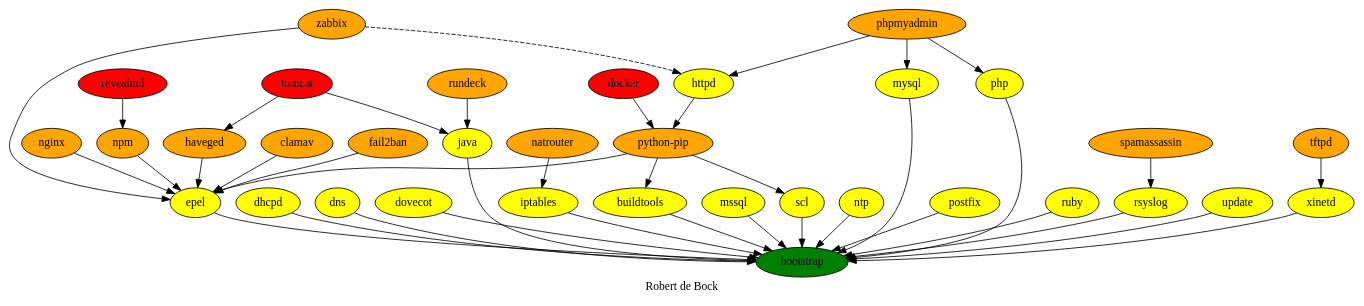
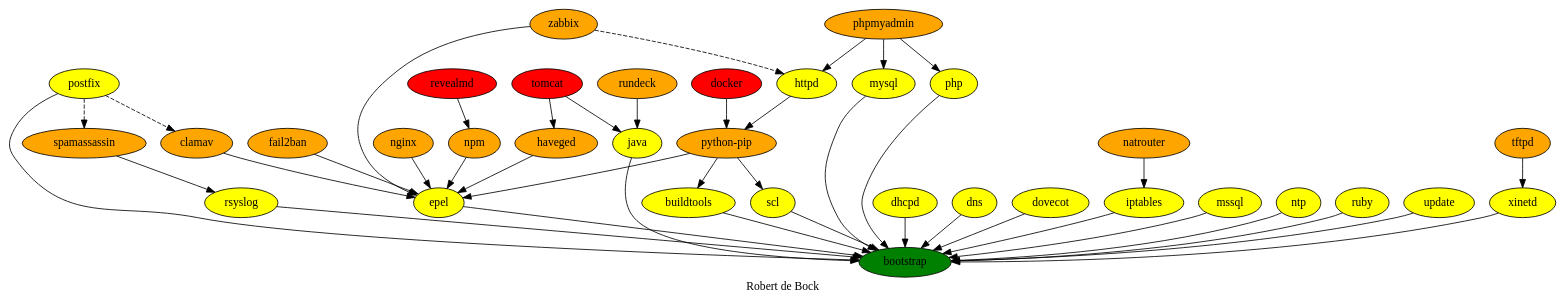
Before and after one commit to robertdebock/robertdebock.github.io: the diagram in dependencies.dot, drawn with Graphviz.

Commit message:
Update dependencies.dot
postfix optionally to spamassassin and clamav

```diff
--- a/dependencies.dot
+++ b/dependencies.dot
@@ -1,51 +1,52 @@
 digraph hierarchy {
   label = "Robert de Bock" ;
   {
     bootstrap [fillcolor=green style=filled]
     buildtools [fillcolor=yellow style=filled]
     clamav [fillcolor=orange style=filled]
     dhcpd [fillcolor=yellow style=filled]
     dns [fillcolor=yellow style=filled]
     docker [fillcolor=red style=filled]
     dovecot [fillcolor=yellow style=filled]
     epel [fillcolor=yellow style=filled]
     fail2ban [fillcolor=orange style=filled]
     haveged [fillcolor=orange style=filled]
     httpd [fillcolor=yellow style=filled]
     iptables [fillcolor=yellow style=filled]
     java [fillcolor=yellow style=filled]
     mssql [fillcolor=yellow style=filled]
     mysql [fillcolor=yellow style=filled]
     natrouter [fillcolor=orange style=filled]
     nginx [fillcolor=orange style=filled]
     npm [fillcolor=orange style=filled]
     ntp [fillcolor=yellow style=filled]
     php [fillcolor=yellow style=filled]
     phpmyadmin [fillcolor=orange style=filled]
     postfix [fillcolor=yellow style=filled]
     "python-pip" [fillcolor=orange style=filled]
     revealmd [fillcolor=red style=filled]
     rsyslog [fillcolor=yellow style=filled]
     ruby [fillcolor=yellow style=filled]
     rundeck [fillcolor=orange style=filled]
     scl [fillcolor=yellow style=filled]
     spamassassin [fillcolor=orange style=filled]
     tftpd [fillcolor=orange style=filled]
     tomcat [fillcolor=red style=filled]
     update [fillcolor=yellow style=filled]
     xinetd [fillcolor=yellow style=filled]
     zabbix [fillcolor=orange style=filled]
   }
   {buildtools dhcpd dns dovecot epel iptables java mysql mssql ntp php postfix rsyslog ruby scl update xinetd} -> bootstrap
   {clamav fail2ban haveged nginx npm "python-pip" zabbix} -> epel
+  postfix -> {spamassassin clamav} [style=dashed]
   {docker httpd} -> "python-pip"
   revealmd -> npm
   natrouter -> iptables
   tftpd -> xinetd 
   phpmyadmin -> {php httpd mysql}
   zabbix -> httpd [style=dashed]
   "python-pip" -> {buildtools scl}
   {rundeck tomcat} -> java
   tomcat -> haveged
   spamassassin -> rsyslog
 }
```
